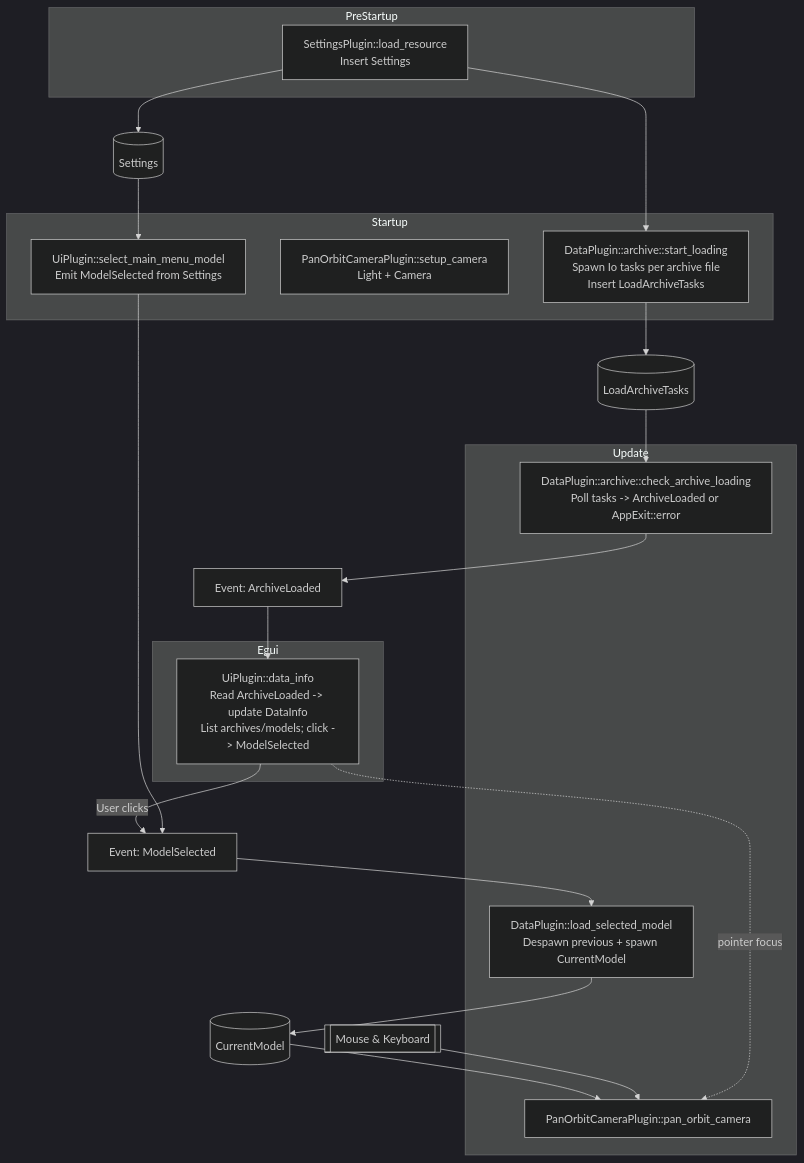
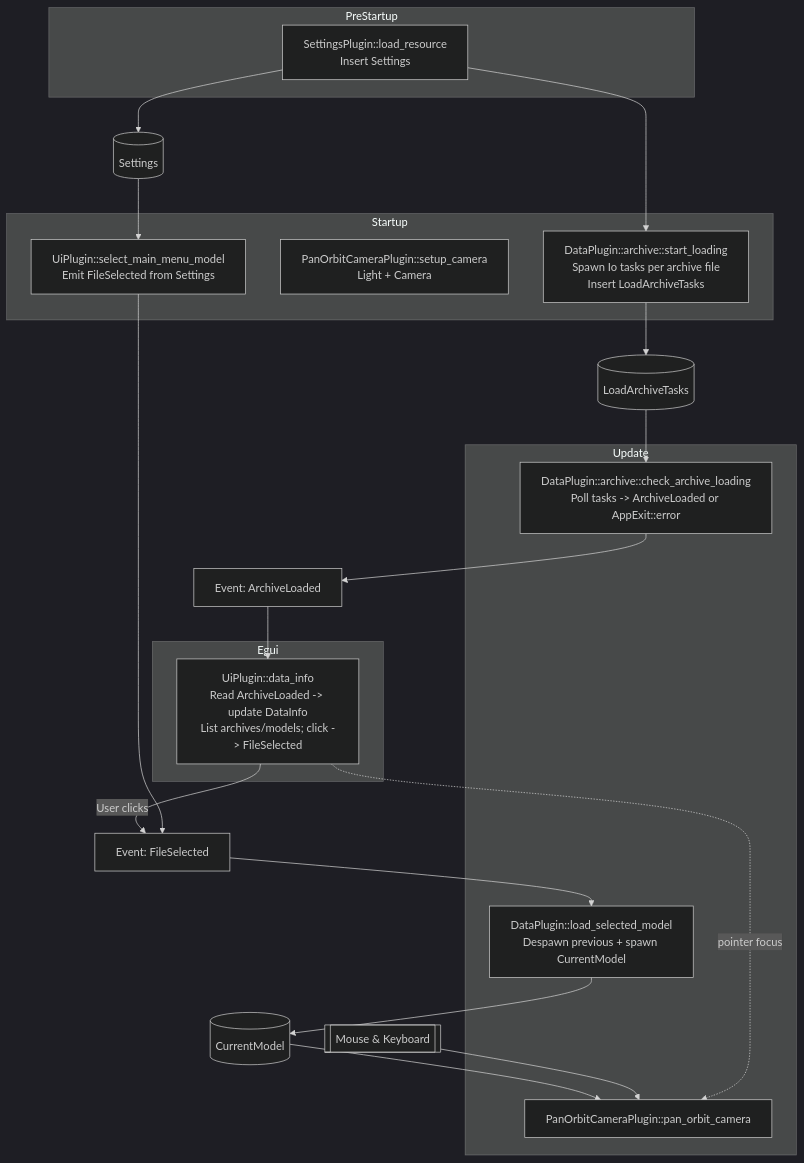
The diagram in ARCHITECTURE.md (nocthir/worgen-rs), drawn with Mermaid (dark theme) before and after one commit. The commit also changed other lines of this file and 7 other files, not shown here.

````diff
--- a/ARCHITECTURE.md
+++ b/ARCHITECTURE.md
@@ -53,38 +53,38 @@
 ```mermaid
 flowchart TD
     subgraph PreStartup
         A[SettingsPlugin::load_resource<br/>Insert Settings]
     end
 
     subgraph Startup
         B[DataPlugin::archive::start_loading<br/>Spawn Io tasks per archive file<br/>Insert LoadArchiveTasks]
         C[PanOrbitCameraPlugin::setup_camera<br/>Light + Camera]
-        E[UiPlugin::select_main_menu_model<br/>Emit ModelSelected from Settings]
+        E[UiPlugin::select_main_menu_model<br/>Emit FileSelected from Settings]
     end
 
     A --> ST[(Settings)]
     B --> LT[(LoadArchiveTasks)]
     A --> B
     ST --> E
 
     subgraph Update
         D[DataPlugin::archive::check_archive_loading<br/>Poll tasks -> ArchiveLoaded or AppExit::error]
         F[DataPlugin::load_selected_model<br/>Despawn previous + spawn CurrentModel]
         G[PanOrbitCameraPlugin::pan_orbit_camera]
     end
 
     subgraph Egui
-        H[UiPlugin::data_info<br/>Read ArchiveLoaded -> update DataInfo<br/>List archives/models; click -> ModelSelected]
+        H[UiPlugin::data_info<br/>Read ArchiveLoaded -> update DataInfo<br/>List archives/models; click -> FileSelected]
     end
 
     D --> AL[Event: ArchiveLoaded]
     LT --> D
     AL --> H
-    H -->|User clicks| MS[Event: ModelSelected]
+    H -->|User clicks| MS[Event: FileSelected]
     E --> MS
     MS --> F
     F --> CM[(CurrentModel)]
     CM --> G
     Input[[Mouse & Keyboard]] --> G
     H -. pointer focus .-> G
 ```
````
